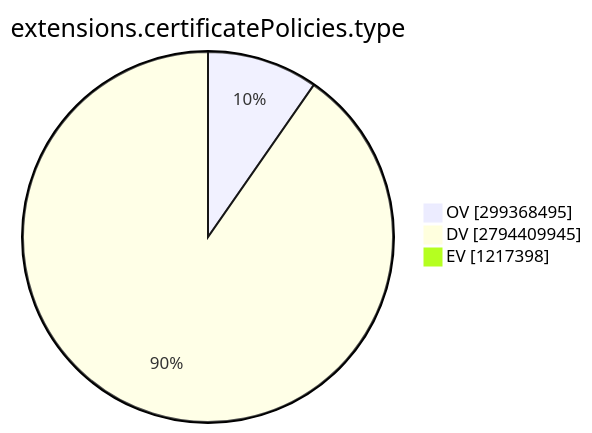
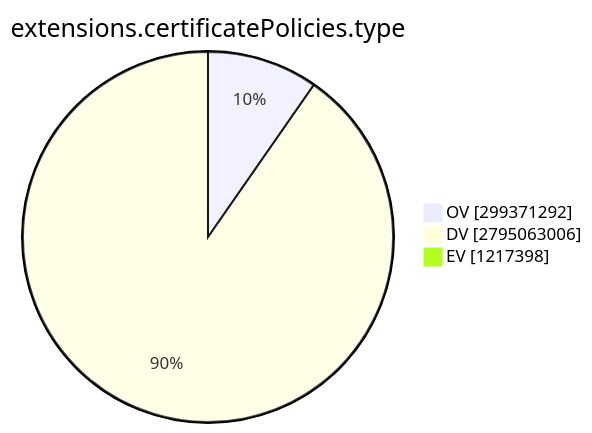
Before and after one commit to christiankrug/ctmonitor_visualization: the ninth of 15 diagrams in TOTAL/README.md, drawn with Mermaid. The commit also changed other lines of this file, not shown here.

````diff
--- a/TOTAL/README.md
+++ b/TOTAL/README.md
@@ -3101,7 +3101,7 @@
 ```mermaid
 pie showData
 title extensions.certificatePolicies.type
-"OV" :299368495
-"DV" :2794409945
+"OV" :299371292
+"DV" :2795063006
 "EV" :1217398
 ```
````
